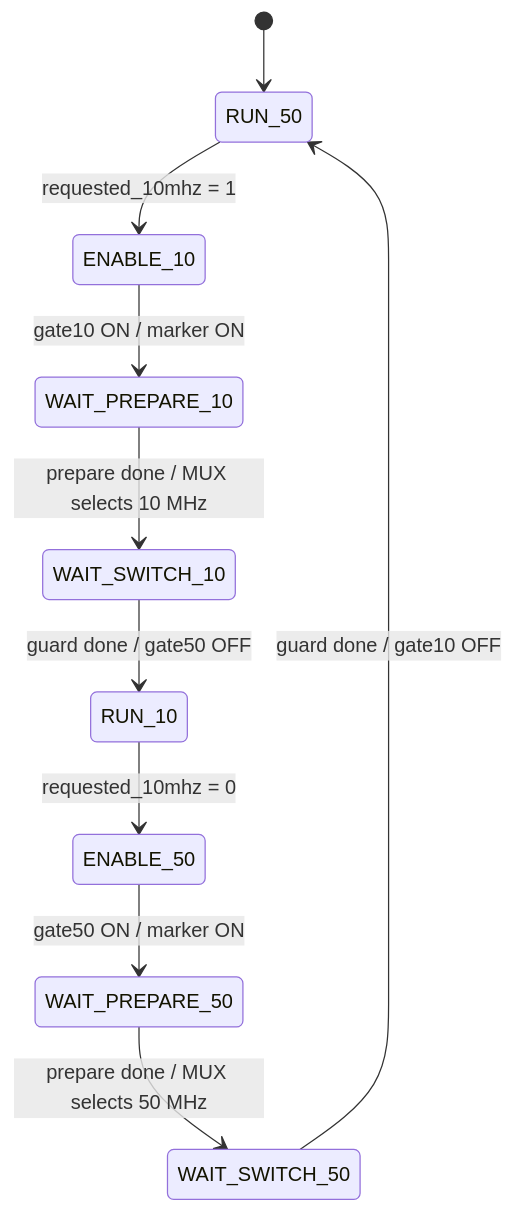
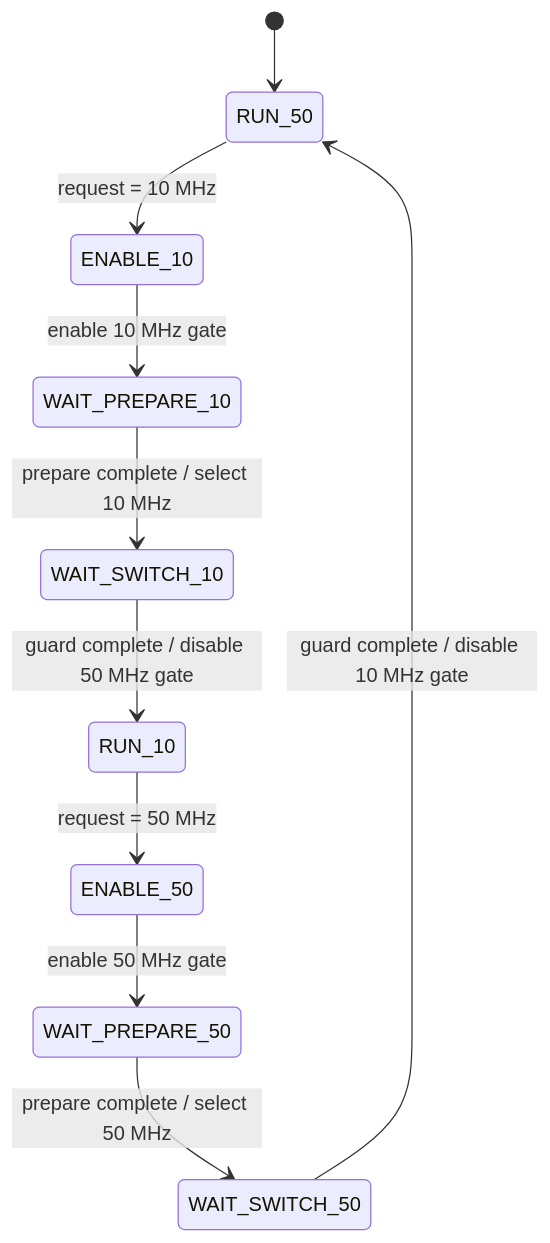
The third of 4 diagrams in README.md (Jiayhocoding/iopll_niosv_50_10_mux_gating), drawn with Mermaid before and after one commit. The commit also changed other lines of this file, not shown here.

````diff
--- a/README.md
+++ b/README.md
@@ -92,14 +95,14 @@
 ```mermaid
 stateDiagram-v2
     [*] --> RUN_50
 
-    RUN_50 --> ENABLE_10: requested_10mhz = 1
-    ENABLE_10 --> WAIT_PREPARE_10: gate10 ON / marker ON
-    WAIT_PREPARE_10 --> WAIT_SWITCH_10: prepare done / MUX selects 10 MHz
-    WAIT_SWITCH_10 --> RUN_10: guard done / gate50 OFF
+    RUN_50 --> ENABLE_10: request = 10 MHz
+    ENABLE_10 --> WAIT_PREPARE_10: enable 10 MHz gate
+    WAIT_PREPARE_10 --> WAIT_SWITCH_10: prepare complete / select 10 MHz
+    WAIT_SWITCH_10 --> RUN_10: guard complete / disable 50 MHz gate
 
-    RUN_10 --> ENABLE_50: requested_10mhz = 0
-    ENABLE_50 --> WAIT_PREPARE_50: gate50 ON / marker ON
-    WAIT_PREPARE_50 --> WAIT_SWITCH_50: prepare done / MUX selects 50 MHz
-    WAIT_SWITCH_50 --> RUN_50: guard done / gate10 OFF
+    RUN_10 --> ENABLE_50: request = 50 MHz
+    ENABLE_50 --> WAIT_PREPARE_50: enable 50 MHz gate
+    WAIT_PREPARE_50 --> WAIT_SWITCH_50: prepare complete / select 50 MHz
+    WAIT_SWITCH_50 --> RUN_50: guard complete / disable 10 MHz gate
 ```
````
